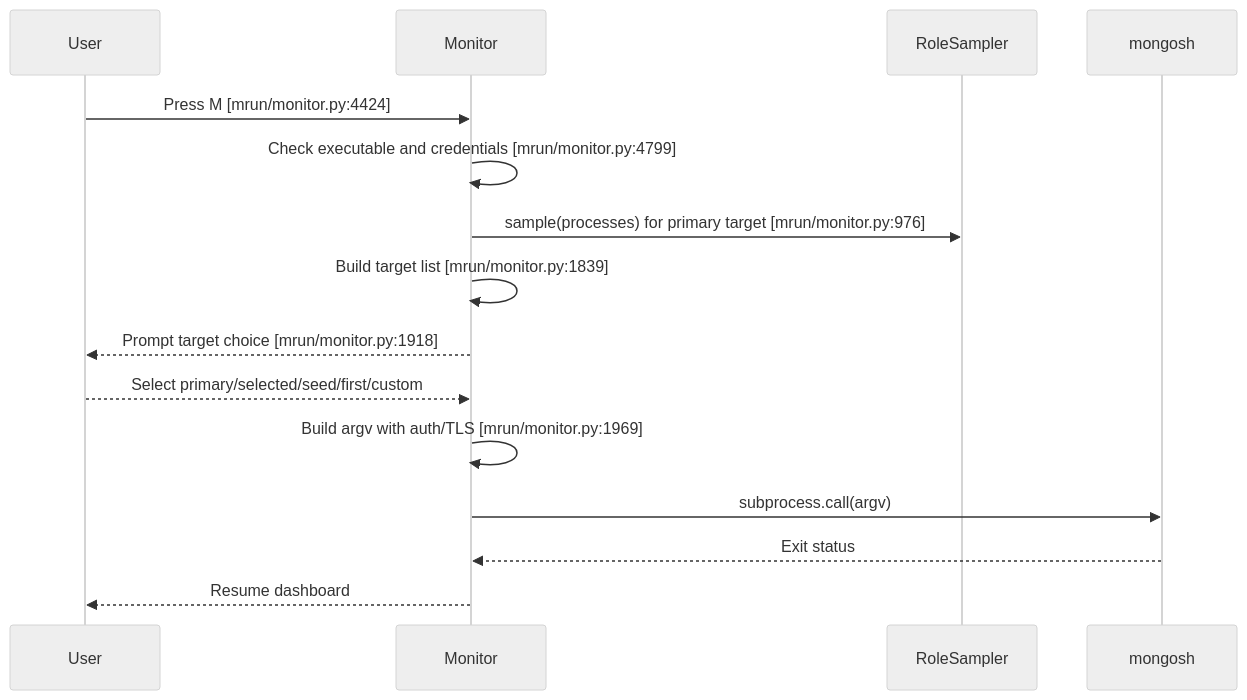
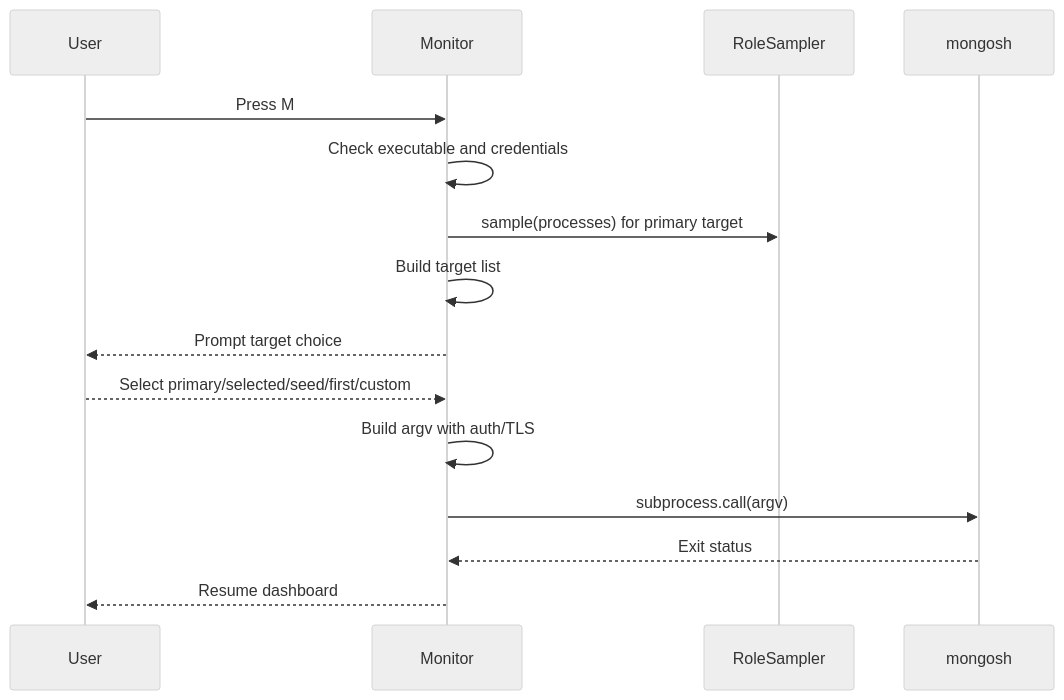
The ninth of 12 diagrams in doc/feature-monitor-guide.md (mongodb/mlaunch), drawn with Mermaid (neutral theme) before and after one commit. The commit also changed other lines of this file and 5 other files, not shown here.

Commit message:
Add interactive mrun monitor improvements

````diff
--- a/doc/feature-monitor-guide.md
+++ b/doc/feature-monitor-guide.md
@@ -874,18 +886,18 @@
 ```mermaid
 sequenceDiagram
     participant User
     participant Monitor
     participant Role as RoleSampler
     participant Shell as mongosh
 
-    User->>Monitor: Press M [mrun/monitor.py:4424]
-    Monitor->>Monitor: Check executable and credentials [mrun/monitor.py:4799]
-    Monitor->>Role: sample(processes) for primary target [mrun/monitor.py:976]
-    Monitor->>Monitor: Build target list [mrun/monitor.py:1839]
-    Monitor-->>User: Prompt target choice [mrun/monitor.py:1918]
+    User->>Monitor: Press M
+    Monitor->>Monitor: Check executable and credentials
+    Monitor->>Role: sample(processes) for primary target
+    Monitor->>Monitor: Build target list
+    Monitor-->>User: Prompt target choice
     User-->>Monitor: Select primary/selected/seed/first/custom
-    Monitor->>Monitor: Build argv with auth/TLS [mrun/monitor.py:1969]
+    Monitor->>Monitor: Build argv with auth/TLS
     Monitor->>Shell: subprocess.call(argv)
     Shell-->>Monitor: Exit status
     Monitor-->>User: Resume dashboard
 ```
````
